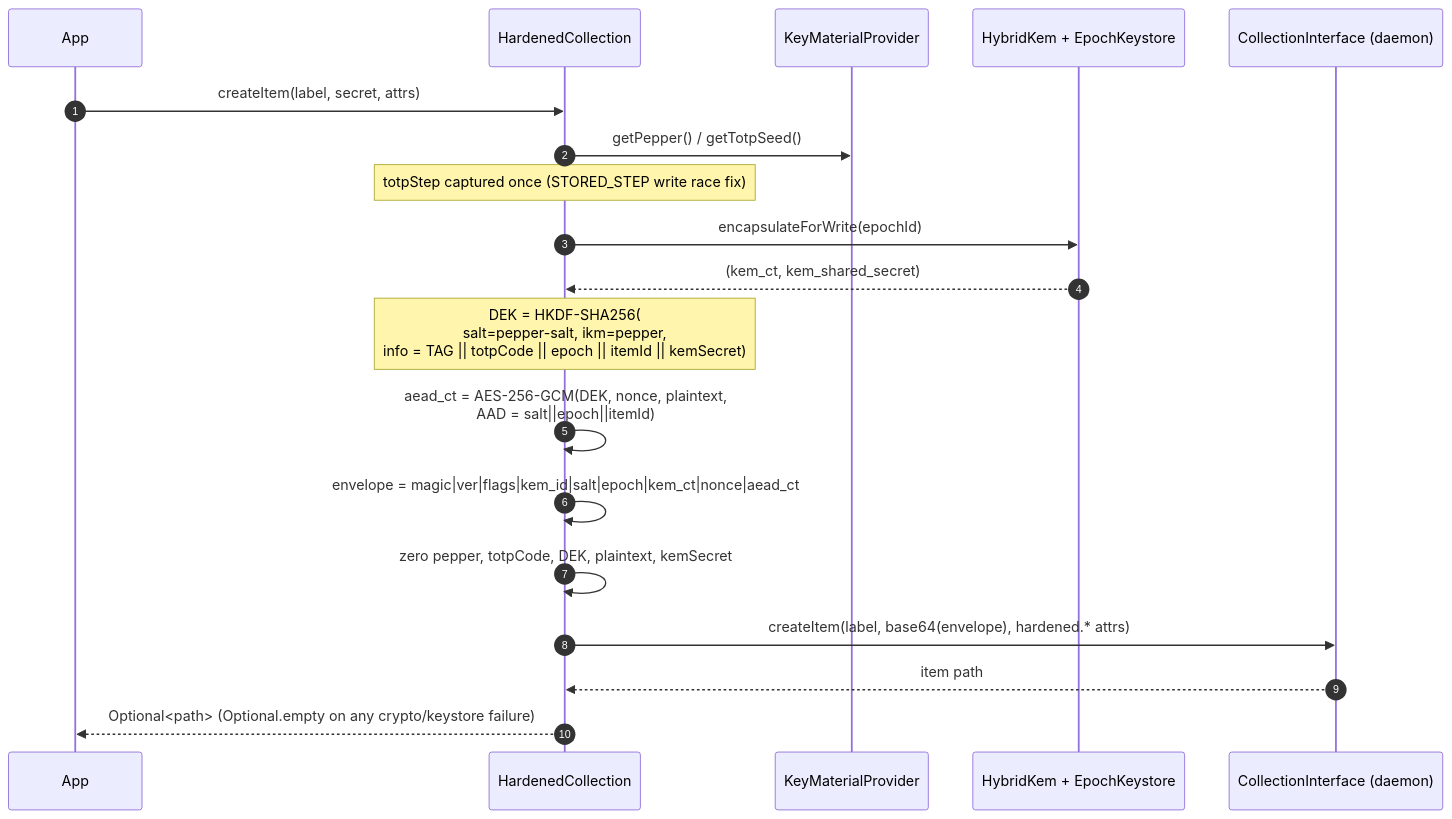
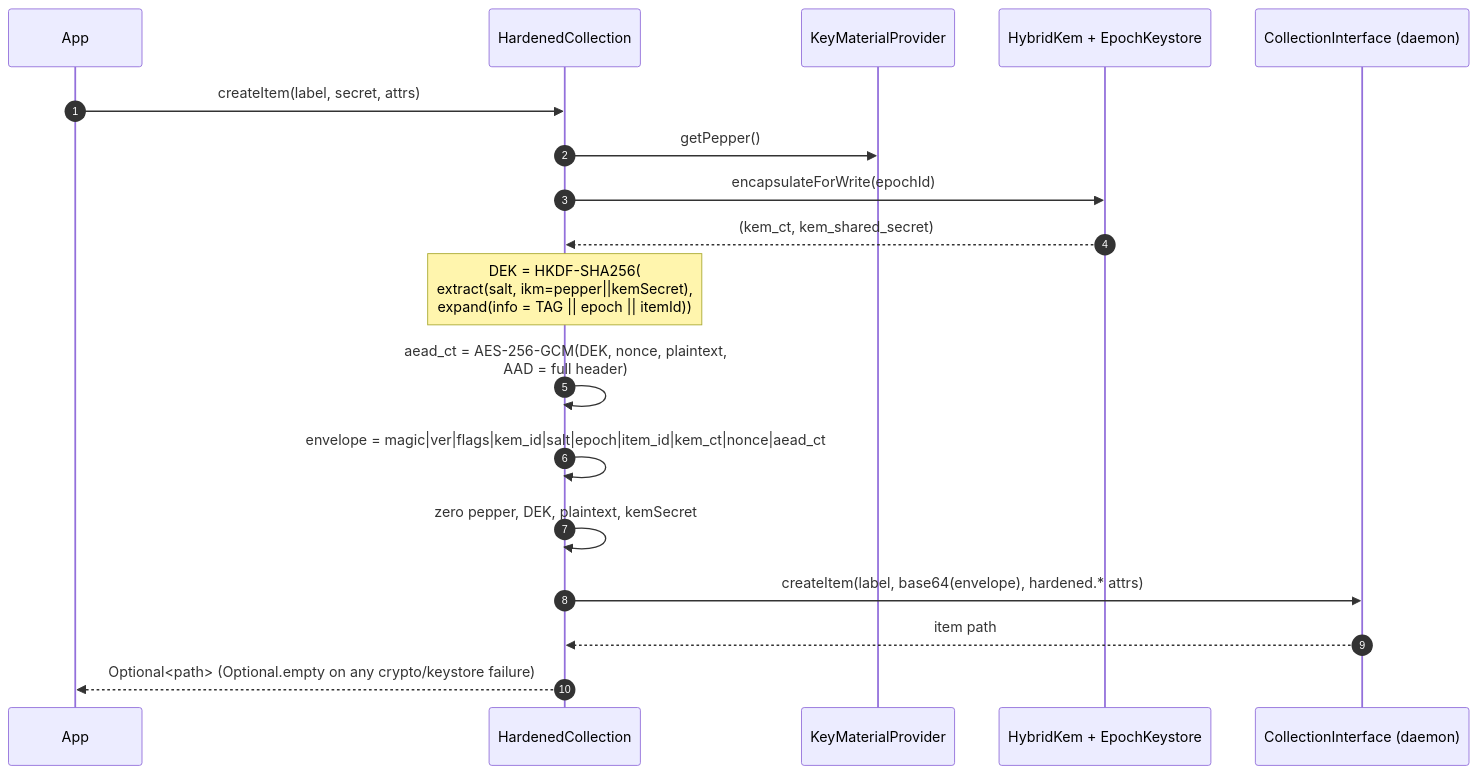
The second of 3 diagrams in docs/architecture/envelope-encryption.md (swiesend/secret-service), drawn with Mermaid before and after one commit. The commit also changed other lines of this file and 28 other files, not shown here.

````diff
--- a/docs/architecture/envelope-encryption.md
+++ b/docs/architecture/envelope-encryption.md
@@ -21,22 +21,21 @@
 ```mermaid
 sequenceDiagram
     autonumber
     participant App
     participant HC as HardenedCollection
     participant KMP as KeyMaterialProvider
     participant KEM as HybridKem + EpochKeystore
     participant Col as CollectionInterface (daemon)
 
     App->>HC: createItem(label, secret, attrs)
-    HC->>KMP: getPepper() / getTotpSeed()
-    Note over HC: totpStep captured once (STORED_STEP write race fix)
+    HC->>KMP: getPepper()
     HC->>KEM: encapsulateForWrite(epochId)
     KEM-->>HC: (kem_ct, kem_shared_secret)
-    Note over HC: DEK = HKDF-SHA256(<br/>salt=pepper-salt, ikm=pepper,<br/>info = TAG || totpCode || epoch || itemId || kemSecret)
-    HC->>HC: aead_ct = AES-256-GCM(DEK, nonce, plaintext,<br/>AAD = salt||epoch||itemId)
-    HC->>HC: envelope = magic|ver|flags|kem_id|salt|epoch|kem_ct|nonce|aead_ct
-    HC->>HC: zero pepper, totpCode, DEK, plaintext, kemSecret
+    Note over HC: DEK = HKDF-SHA256(<br/>extract(salt, ikm=pepper||kemSecret),<br/>expand(info = TAG || epoch || itemId))
+    HC->>HC: aead_ct = AES-256-GCM(DEK, nonce, plaintext,<br/>AAD = full header)
+    HC->>HC: envelope = magic|ver|flags|kem_id|salt|epoch|item_id|kem_ct|nonce|aead_ct
+    HC->>HC: zero pepper, DEK, plaintext, kemSecret
     HC->>Col: createItem(label, base64(envelope), hardened.* attrs)
     Col-->>HC: item path
     HC-->>App: Optional<path>   (Optional.empty on any crypto/keystore failure)
 ```
````
